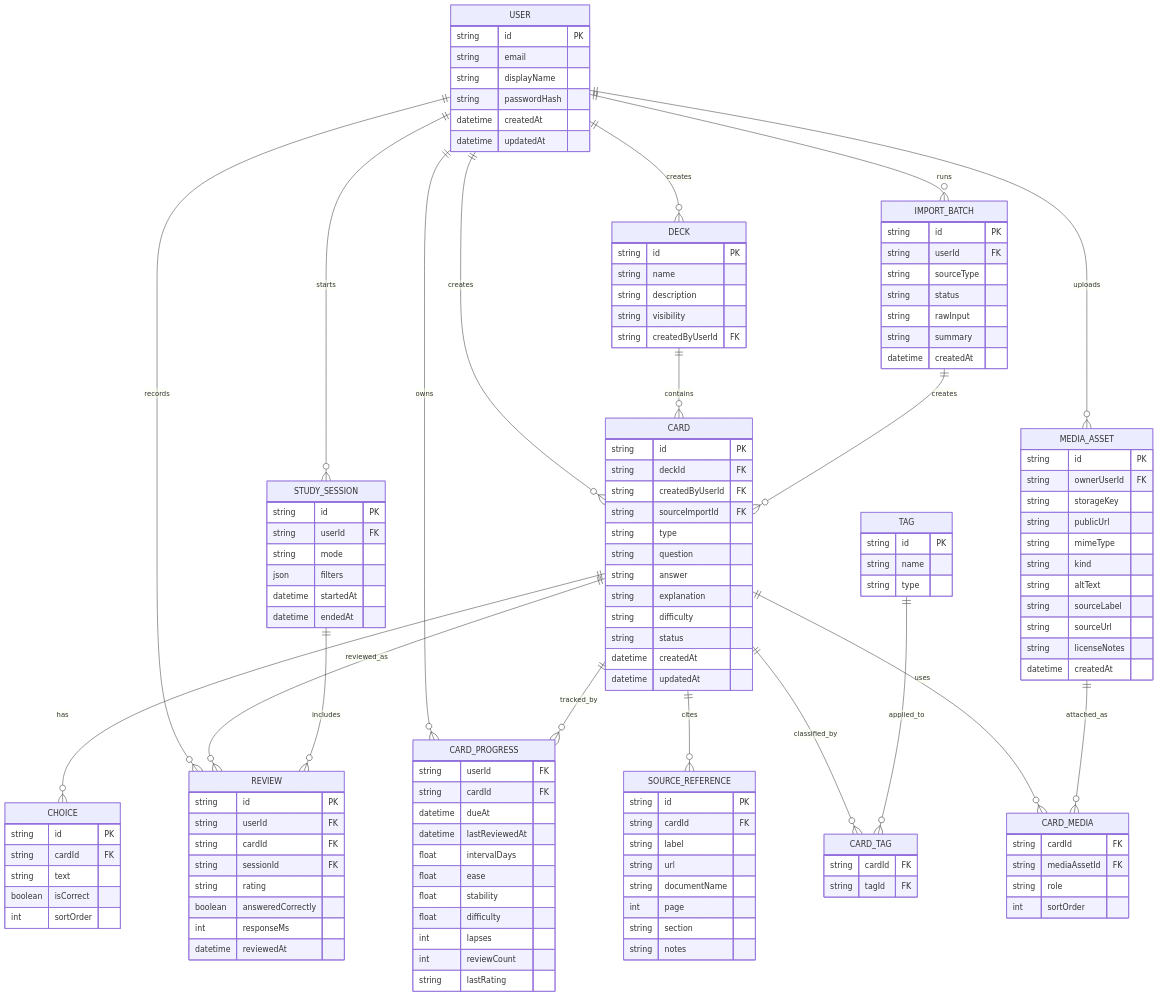
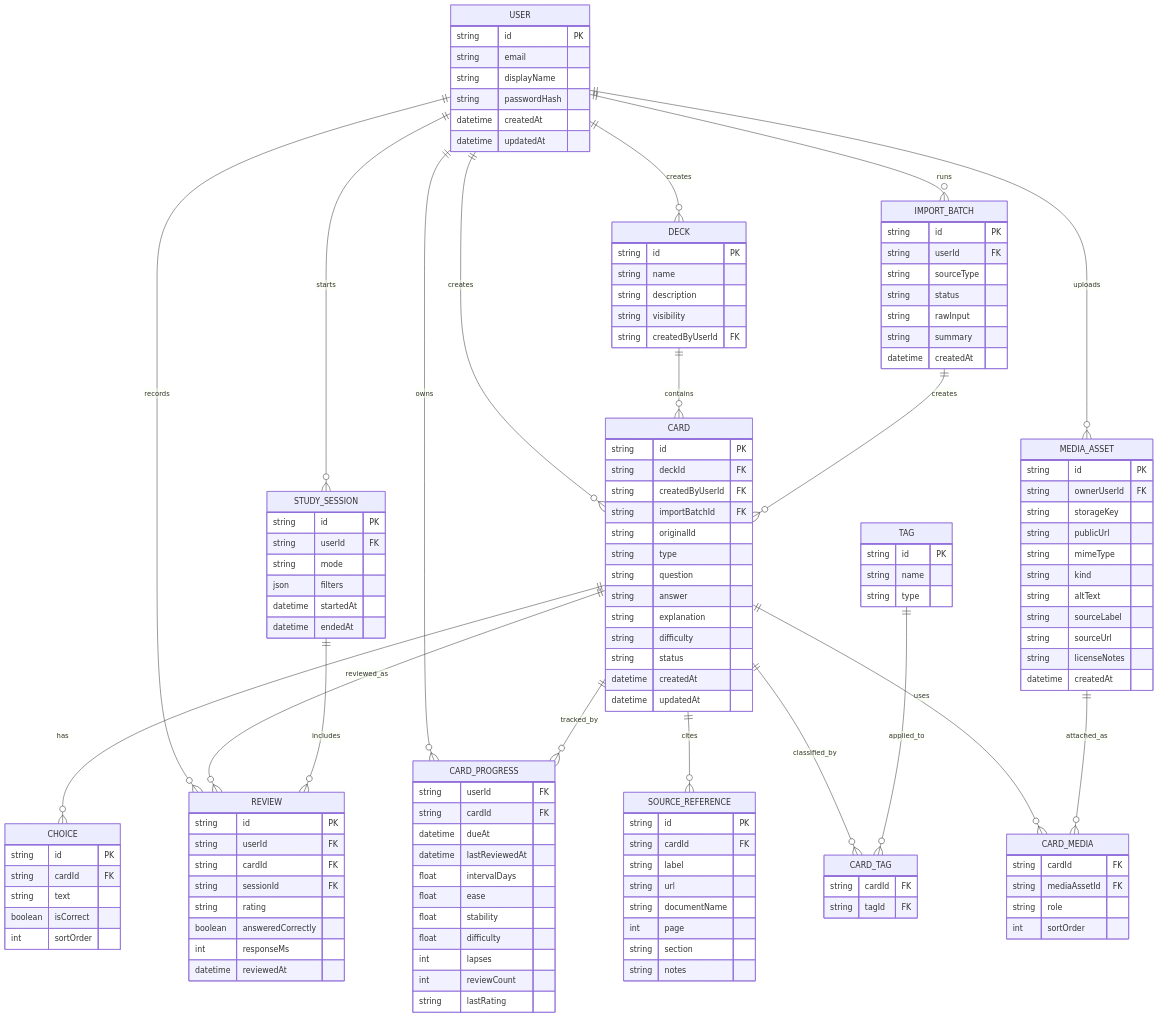
Before and after one commit to maetthu-indermuehle/study_flashcards: the diagram in docs/core_domain_model.md, drawn with Mermaid. The commit also changed other lines of this file and 10 other files, not shown here.

```diff
--- a/docs/core_domain_model.md
+++ b/docs/core_domain_model.md
@@ -50,7 +50,8 @@
         string id PK
         string deckId FK
         string createdByUserId FK
-        string sourceImportId FK
+        string importBatchId FK
+        string originalId
         string type
         string question
         string answer
```
